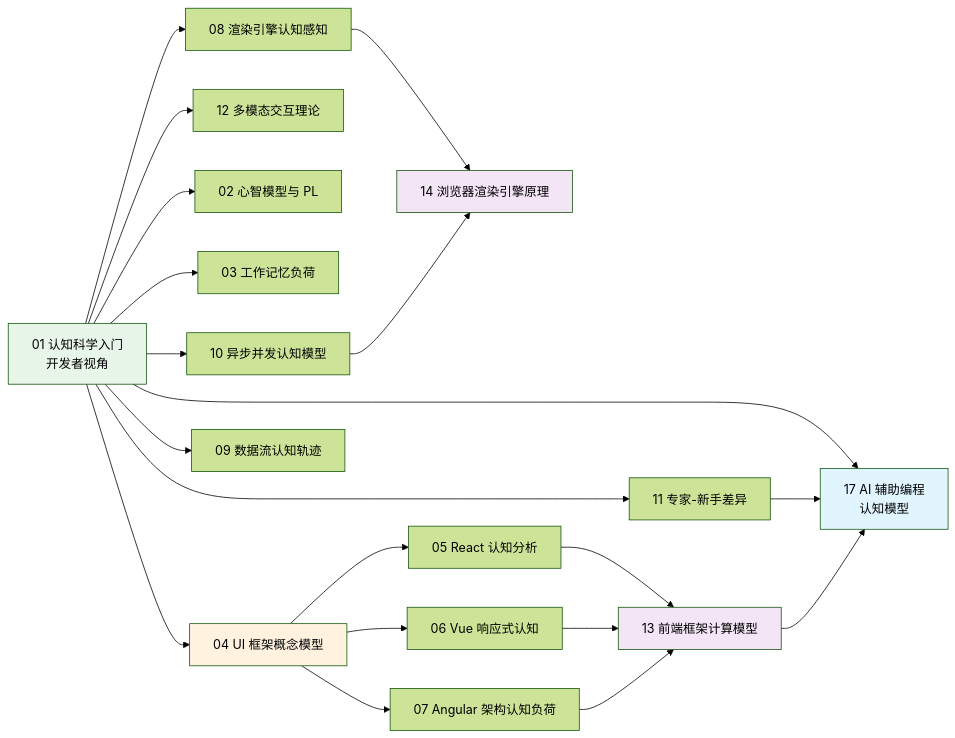
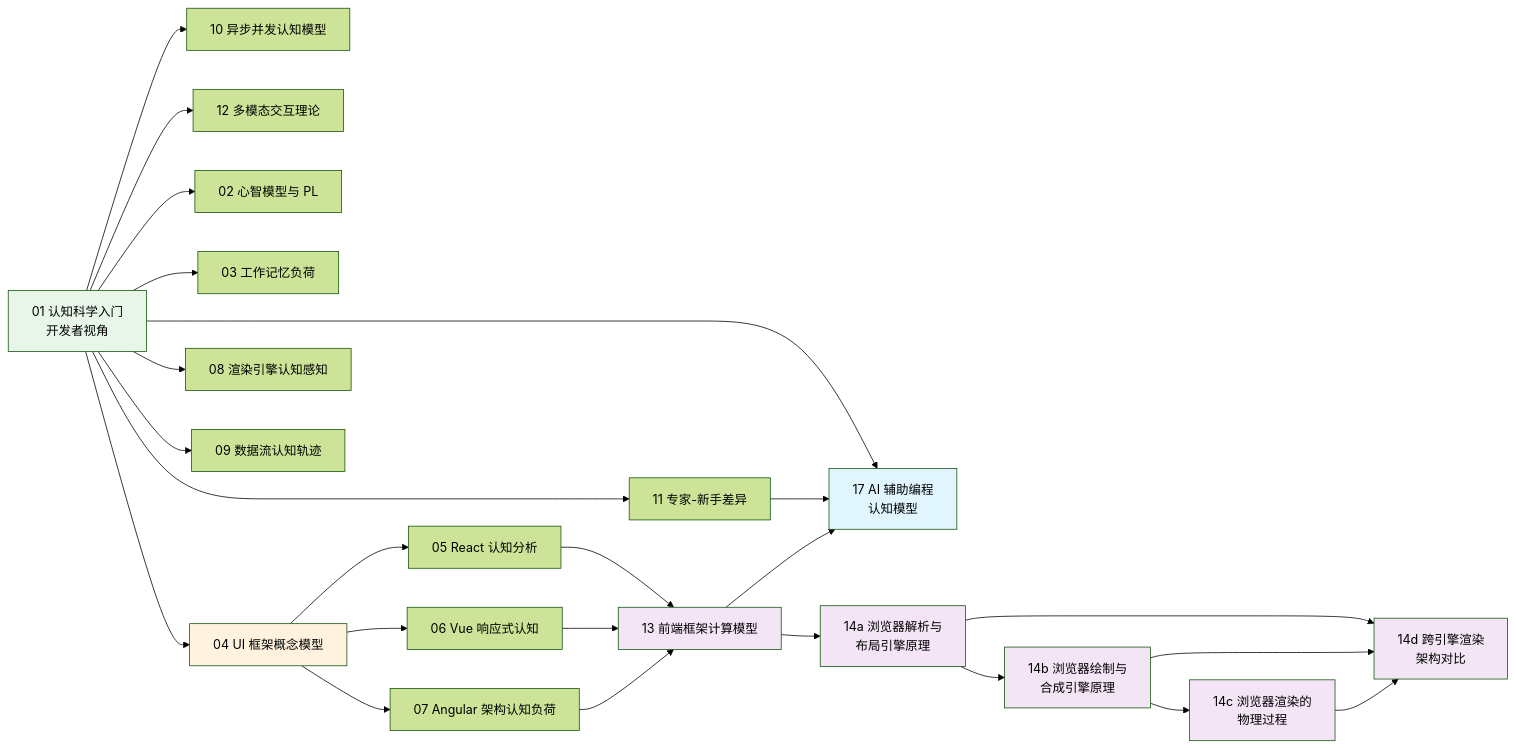
One commit to AdaMartin18010/JavaScriptTypeScript changed the third of 9 diagrams in 70-theoretical-foundations/KNOWLEDGE_GRAPH.md. Above: the diagram before and after it, drawn with Mermaid (forest theme). The commit also changed other lines of this file and 56 other files, not shown here.

````diff
--- a/70-theoretical-foundations/KNOWLEDGE_GRAPH.md
+++ b/70-theoretical-foundations/KNOWLEDGE_GRAPH.md
@@ -92,30 +92,37 @@
 ```mermaid
 graph LR
     01["01 认知科学入门<br/>开发者视角"] --> 02["02 心智模型与 PL"]
     01 --> 03["03 工作记忆负荷"]
     01 --> 04["04 UI 框架概念模型"]
     01 --> 08["08 渲染引擎认知感知"]
     01 --> 09["09 数据流认知轨迹"]
     01 --> 10["10 异步并发认知模型"]
     01 --> 11["11 专家-新手差异"]
     01 --> 12["12 多模态交互理论"]
 
     04 --> 05["05 React 认知分析"]
     04 --> 06["06 Vue 响应式认知"]
     04 --> 07["07 Angular 架构认知负荷"]
 
     05 --> 13["13 前端框架计算模型"]
     06 --> 13
     07 --> 13
-    08 --> 14["14 浏览器渲染引擎原理"]
-    10 --> 14
+    13 --> 14a["14a 浏览器解析与<br/>布局引擎原理"]
+    14a --> 14b["14b 浏览器绘制与<br/>合成引擎原理"]
+    14b --> 14c["14c 浏览器渲染的<br/>物理过程"]
+    14a --> 14d["14d 跨引擎渲染<br/>架构对比"]
+    14b --> 14d
+    14c --> 14d
     01 --> 17["17 AI 辅助编程<br/>认知模型"]
     11 --> 17
     13 --> 17
 
     style 01 fill:#e8f5e9
     style 04 fill:#fff3e0
     style 13 fill:#f3e5f5
-    style 14 fill:#f3e5f5
+    style 14a fill:#f3e5f5
+    style 14b fill:#f3e5f5
+    style 14c fill:#f3e5f5
+    style 14d fill:#f3e5f5
     style 17 fill:#e1f5fe
 ```
````
